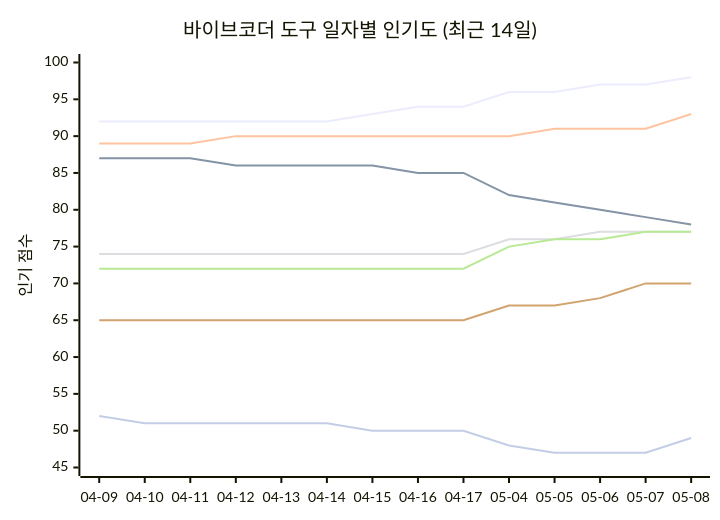
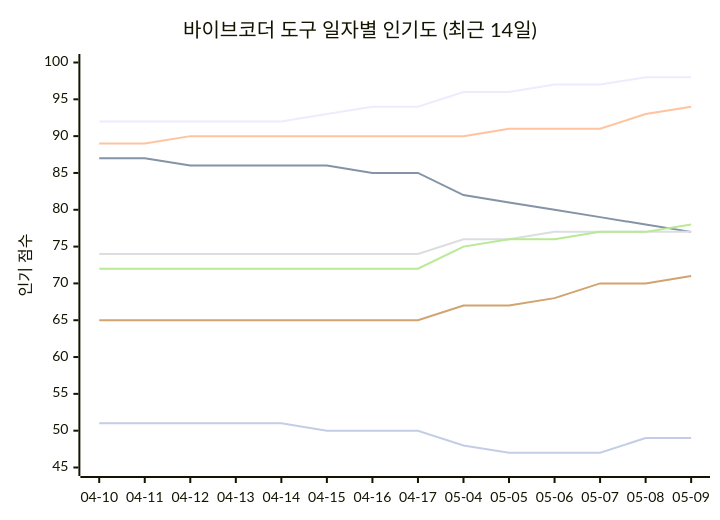
One commit to tykimos/ai-whatchelin changed the seventh of 11 diagrams in README_ko.md. Above: the diagram before and after it, drawn with Mermaid. The commit also changed other lines of this file and 4 other files, not shown here.

````diff
--- a/README_ko.md
+++ b/README_ko.md
@@ -711,13 +727,13 @@
 ```mermaid
 xychart-beta
     title "바이브코더 도구 일자별 인기도 (최근 14일)"
-    x-axis ["04-09", "04-10", "04-11", "04-12", "04-13", "04-14", "04-15", "04-16", "04-17", "05-04", "05-05", "05-06", "05-07", "05-08"]
+    x-axis ["04-10", "04-11", "04-12", "04-13", "04-14", "04-15", "04-16", "04-17", "05-04", "05-05", "05-06", "05-07", "05-08", "05-09"]
     y-axis "인기 점수" 45 --> 100
-    line "Claude Code" [92, 92, 92, 92, 92, 92, 93, 94, 94, 96, 96, 97, 97, 98]
-    line "GH Copilot" [87, 87, 87, 86, 86, 86, 86, 85, 85, 82, 81, 80, 79, 78]
-    line "Cursor" [89, 89, 89, 90, 90, 90, 90, 90, 90, 90, 91, 91, 91, 93]
-    line "Windsurf" [74, 74, 74, 74, 74, 74, 74, 74, 74, 76, 76, 77, 77, 77]
-    line "Codex CLI" [72, 72, 72, 72, 72, 72, 72, 72, 72, 75, 76, 76, 77, 77]
-    line "Gemini CLI" [65, 65, 65, 65, 65, 65, 65, 65, 65, 67, 67, 68, 70, 70]
-    line "Antigravity" [52, 51, 51, 51, 51, 51, 50, 50, 50, 48, 47, 47, 47, 49]
+    line "Claude Code" [92, 92, 92, 92, 92, 93, 94, 94, 96, 96, 97, 97, 98, 98]
+    line "GH Copilot" [87, 87, 86, 86, 86, 86, 85, 85, 82, 81, 80, 79, 78, 77]
+    line "Cursor" [89, 89, 90, 90, 90, 90, 90, 90, 90, 91, 91, 91, 93, 94]
+    line "Windsurf" [74, 74, 74, 74, 74, 74, 74, 74, 76, 76, 77, 77, 77, 77]
+    line "Codex CLI" [72, 72, 72, 72, 72, 72, 72, 72, 75, 76, 76, 77, 77, 78]
+    line "Gemini CLI" [65, 65, 65, 65, 65, 65, 65, 65, 67, 67, 68, 70, 70, 71]
+    line "Antigravity" [51, 51, 51, 51, 51, 50, 50, 50, 48, 47, 47, 47, 49, 49]
 ```
````
